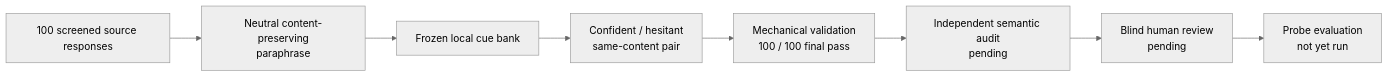
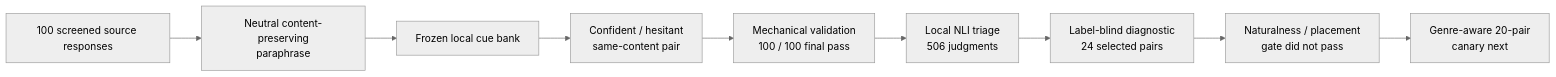
One commit to WenyiJin2003/mechanistic-confidence-sdt changed the diagram in experiments/diverse_pairs_multilayer_v1/reports/CHAT_CHECKPOINT_100.md. Above: the diagram before and after it, drawn with Mermaid (neutral theme). The commit also changed other lines of this file and 18 other files, not shown here.

Commit message:
Add 100-pair review gate and local NLI triage

````diff
--- a/experiments/diverse_pairs_multilayer_v1/reports/CHAT_CHECKPOINT_100.md
+++ b/experiments/diverse_pairs_multilayer_v1/reports/CHAT_CHECKPOINT_100.md
@@ -29,10 +33,11 @@
 ```mermaid
 flowchart LR
     A["100 screened source responses"] --> B["Neutral content-preserving<br/>paraphrase"]
     B --> C["Frozen local cue bank"]
     C --> D["Confident / hesitant<br/>same-content pair"]
     D --> E["Mechanical validation<br/>100 / 100 final pass"]
-    E --> F["Independent semantic audit<br/>pending"]
-    F --> G["Blind human review<br/>pending"]
-    G --> H["Probe evaluation<br/>not yet run"]
+    E --> F["Local NLI triage<br/>506 judgments"]
+    F --> G["Label-blind diagnostic<br/>24 selected pairs"]
+    G --> H["Naturalness / placement<br/>gate did not pass"]
+    H --> I["Genre-aware 20-pair<br/>canary next"]
 ```
````
